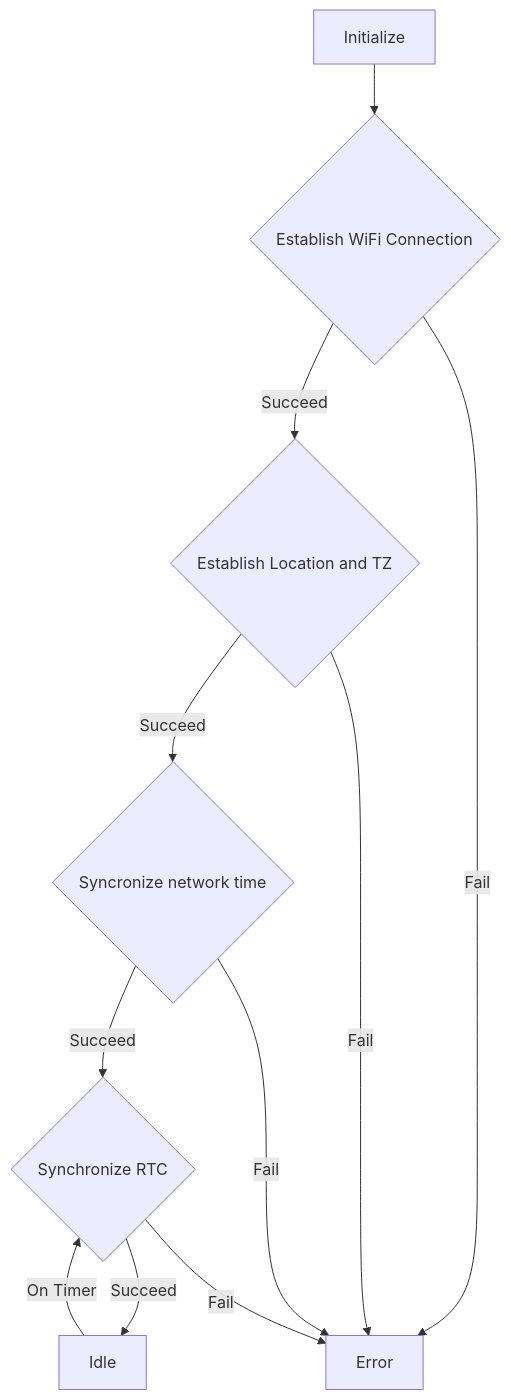
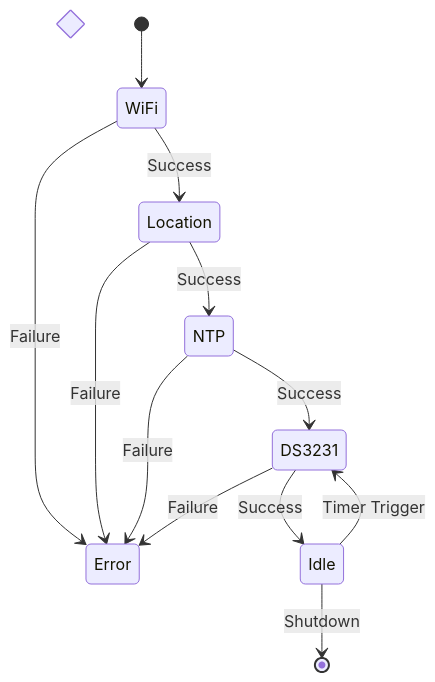
One commit to Titantompa/GrandfatherClock changed the diagram in README.md. Above: the diagram before and after it, drawn with Mermaid.

````diff
--- a/README.md
+++ b/README.md
@@ -2,13 +2,18 @@
 ```mermaid
-flowchart TD
-  Init[Initialize]-->WiFi{Establish WiFi Connection}
-  WiFi -- Succeed -->Location{Establish Location and TZ}
-  WiFi -- Fail -->Error
-  Location -- Succeed -->NTP{Syncronize network time}
-  Location -- Fail -->Error
-  NTP -- Succeed -->DS3231{Synchronize RTC}
-  NTP -- Fail -->Error
-  DS3231-- Succeed -->Idle
-  DS3231 -- Fail --> Error
-  Idle-- On Timer -->DS3231
+stateDiagram-v2
+  state "Establish WiFi connection" as WiFi <<choice>>
+  state Location: Establish Location and TZ
+  state NTP: Synchronize network time
+  state DS3231: Synchronize RTC
+  [*]-->WiFi
+  WiFi -->Location : Success
+  WiFi -->Error : Failure
+  Location -->NTP : Success
+  Location -->Error : Failure
+  NTP -->DS3231 : Success
+  NTP -->Error : Failure
+  DS3231 -->Idle : Success
+  DS3231 --> Error : Failure
+  Idle -->DS3231 : Timer Trigger
+  Idle-->[*] : Shutdown
 ```
````
